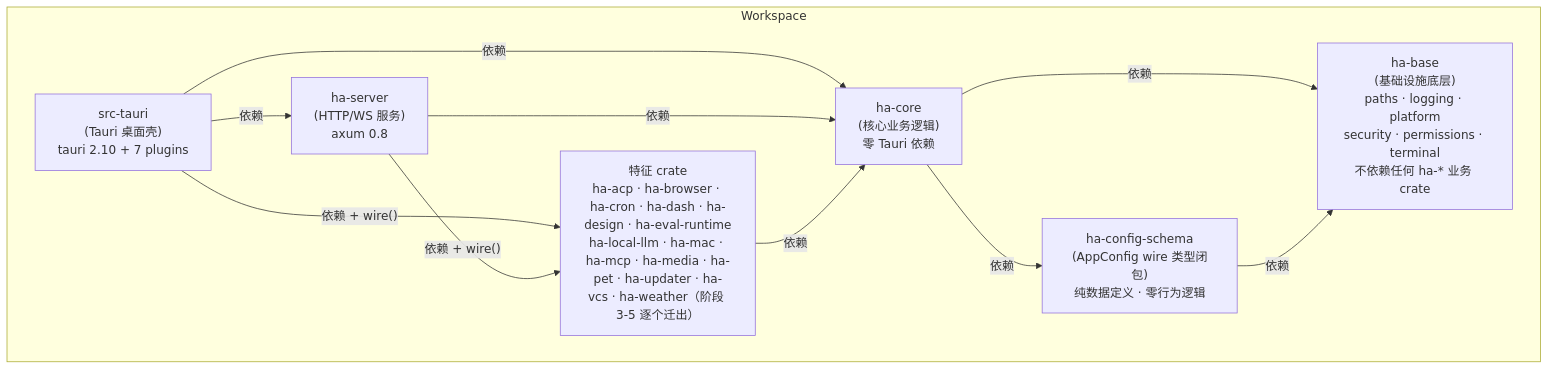
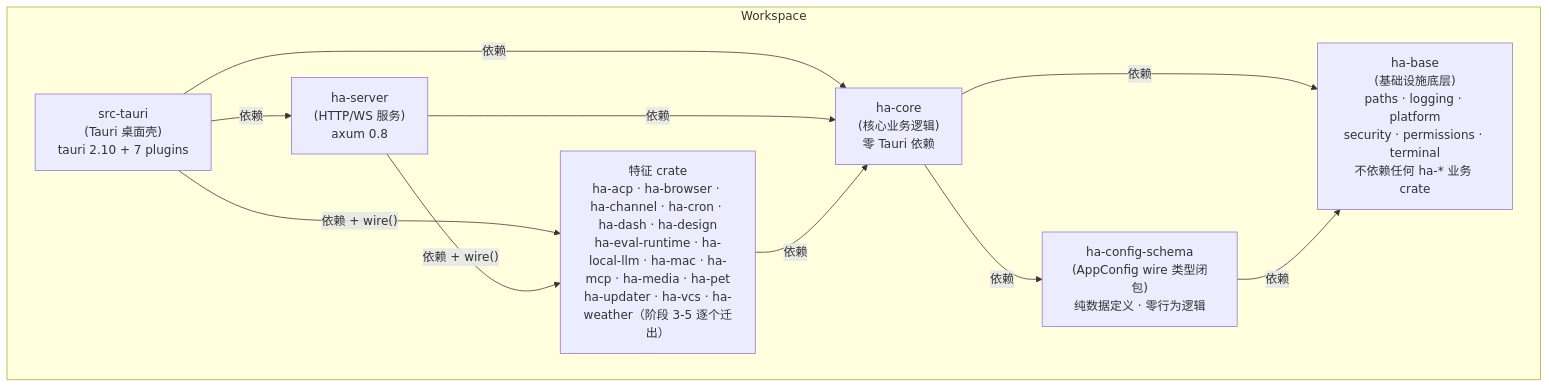
Before and after one commit to shiwenwen/hope-agent: the first of 6 diagrams in docs/architecture/backend-separation.md, drawn with Mermaid. The commit also changed other lines of this file and 269 other files, not shown here.

First line of the commit message:
refactor(crate-split): 阶段 5 第五刀，IM 渠道机器拆出 ha-channel

````diff
--- a/docs/architecture/backend-separation.md
+++ b/docs/architecture/backend-separation.md
@@ -15,22 +15,22 @@
 ```mermaid
 graph TD
     subgraph Workspace
         HA_TAURI["src-tauri<br/>(Tauri 桌面壳)<br/>tauri 2.10 + 7 plugins"]
         HA_SERVER["ha-server<br/>(HTTP/WS 服务)<br/>axum 0.8"]
-        HA_FEAT["特征 crate<br/>ha-acp · ha-browser · ha-cron · ha-dash · ha-design · ha-eval-runtime<br/>ha-local-llm · ha-mac · ha-mcp · ha-media · ha-pet · ha-updater · ha-vcs · ha-weather（阶段 3-5 逐个迁出）"]
+        HA_FEAT["特征 crate<br/>ha-acp · ha-browser · ha-channel · ha-cron · ha-dash · ha-design<br/>ha-eval-runtime · ha-local-llm · ha-mac · ha-mcp · ha-media · ha-pet<br/>ha-updater · ha-vcs · ha-weather（阶段 3-5 逐个迁出）"]
         HA_CORE["ha-core<br/>(核心业务逻辑)<br/>零 Tauri 依赖"]
         HA_SCHEMA["ha-config-schema<br/>(AppConfig wire 类型闭包)<br/>纯数据定义 · 零行为逻辑"]
         HA_BASE["ha-base<br/>(基础设施底层)<br/>paths · logging · platform<br/>security · permissions · terminal<br/>不依赖任何 ha-* 业务 crate"]
     end
 
     HA_TAURI -->|"依赖"| HA_SERVER
     HA_TAURI -->|"依赖 + wire()"| HA_FEAT
     HA_TAURI -->|"依赖"| HA_CORE
     HA_SERVER -->|"依赖 + wire()"| HA_FEAT
     HA_SERVER -->|"依赖"| HA_CORE
     HA_FEAT -->|"依赖"| HA_CORE
     HA_CORE -->|"依赖"| HA_SCHEMA
     HA_CORE -->|"依赖"| HA_BASE
     HA_SCHEMA -->|"依赖"| HA_BASE
 
 ```
````
